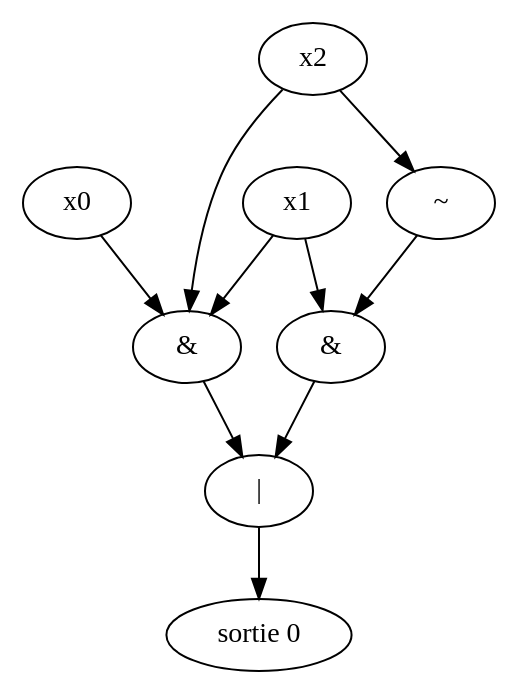
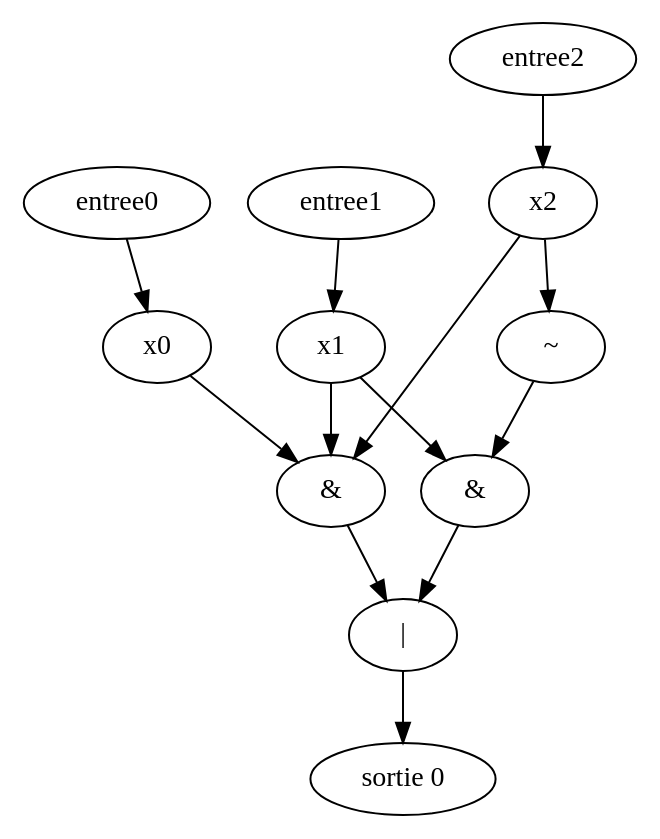
Before and after one commit to yadej/graph_project: the diagram in tmp2.dot, drawn with Graphviz. The commit also changed 3 other files, not shown here.

```diff
--- a/tmp2.dot
+++ b/tmp2.dot
@@ -1,16 +1,22 @@
 digraph G { 
 v0 [label="sortie 0"]; 
 v1 [label="|"]; 
 v3 [label="x0"]; 
 v4 [label="&"]; 
 v5 [label="x1"]; 
 v6 [label="x2"]; 
 v7 [label="&"]; 
 v9 [label="~"]; 
+v11 [label="entree0"]; 
+v12 [label="entree1"]; 
+v13 [label="entree2"]; 
 v1 -> v0;
 v3 -> v4 -> v1;
 v5 -> v4;
 v5 -> v7 -> v1;
 v6 -> v4;
 v6 -> v9 -> v7;
+v11 -> v3;
+v12 -> v5;
+v13 -> v6;
 }
```
